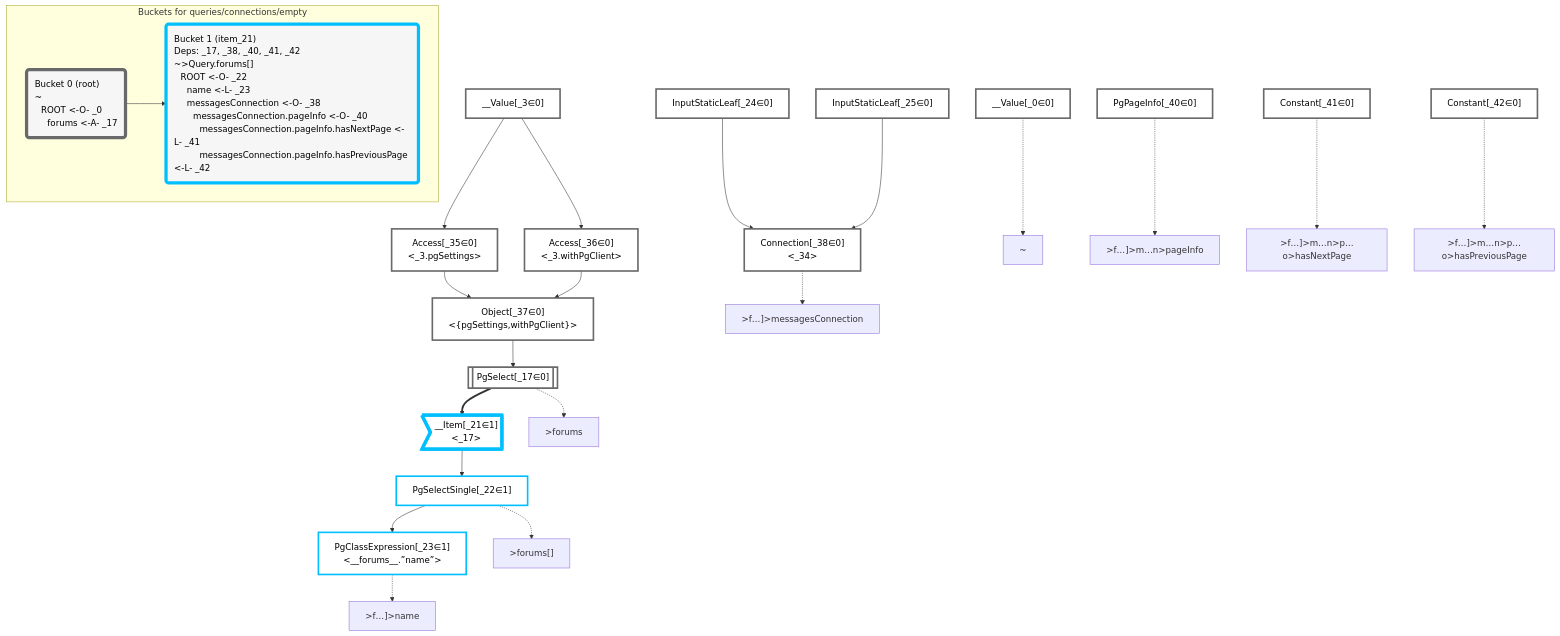
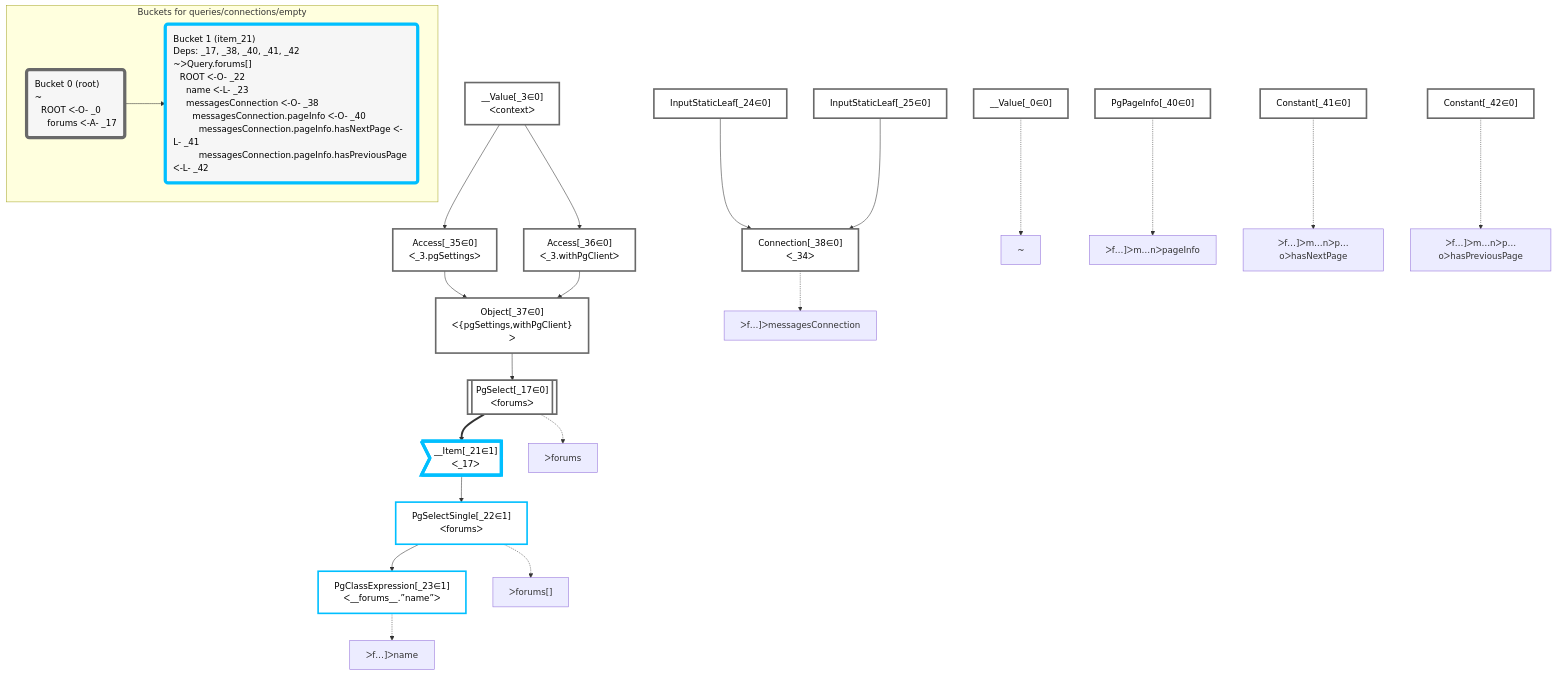
The diagram in packages/dataplan-pg/__tests__/queries/connections/empty.deopt.mermaid.md (graphile/crystal), drawn with Mermaid before and after one commit. The commit also changed 195 other files, not shown here.

````diff
--- a/packages/dataplan-pg/__tests__/queries/connections/empty.deopt.mermaid.md
+++ b/packages/dataplan-pg/__tests__/queries/connections/empty.deopt.mermaid.md
@@ -1,70 +1,70 @@
 ```mermaid
 graph TD
     classDef path fill:#eee,stroke:#000,color:#000
     classDef plan fill:#fff,stroke-width:3px,color:#000
     classDef itemplan fill:#fff,stroke-width:6px,color:#000
     classDef sideeffectplan fill:#f00,stroke-width:6px,color:#000
     classDef bucket fill:#f6f6f6,color:#000,stroke-width:6px,text-align:left
 
 
     %% define plans
     __Value_0["__Value[_0∈0]"]:::plan
-    __Value_3["__Value[_3∈0]<br /><context>"]:::plan
-    PgSelect_17[["PgSelect[_17∈0]<br /><forums>"]]:::plan
-    __Item_21>"__Item[_21∈1]<br /><_17>"]:::itemplan
-    PgSelectSingle_22["PgSelectSingle[_22∈1]<br /><forums>"]:::plan
-    PgClassExpression_23["PgClassExpression[_23∈1]<br /><__forums__.”name”>"]:::plan
+    __Value_3["__Value[_3∈0]<br />ᐸcontextᐳ"]:::plan
+    PgSelect_17[["PgSelect[_17∈0]<br />ᐸforumsᐳ"]]:::plan
+    __Item_21>"__Item[_21∈1]<br />ᐸ_17ᐳ"]:::itemplan
+    PgSelectSingle_22["PgSelectSingle[_22∈1]<br />ᐸforumsᐳ"]:::plan
+    PgClassExpression_23["PgClassExpression[_23∈1]<br />ᐸ__forums__.”name”ᐳ"]:::plan
     InputStaticLeaf_24["InputStaticLeaf[_24∈0]"]:::plan
     InputStaticLeaf_25["InputStaticLeaf[_25∈0]"]:::plan
-    Access_35["Access[_35∈0]<br /><_3.pgSettings>"]:::plan
-    Access_36["Access[_36∈0]<br /><_3.withPgClient>"]:::plan
-    Object_37["Object[_37∈0]<br /><{pgSettings,withPgClient}>"]:::plan
-    Connection_38["Connection[_38∈0]<br /><_34>"]:::plan
+    Access_35["Access[_35∈0]<br />ᐸ_3.pgSettingsᐳ"]:::plan
+    Access_36["Access[_36∈0]<br />ᐸ_3.withPgClientᐳ"]:::plan
+    Object_37["Object[_37∈0]<br />ᐸ{pgSettings,withPgClient}ᐳ"]:::plan
+    Connection_38["Connection[_38∈0]<br />ᐸ_34ᐳ"]:::plan
     PgPageInfo_40["PgPageInfo[_40∈0]"]:::plan
     Constant_41["Constant[_41∈0]"]:::plan
     Constant_42["Constant[_42∈0]"]:::plan
 
     %% plan dependencies
     Object_37 --> PgSelect_17
     PgSelect_17 ==> __Item_21
     __Item_21 --> PgSelectSingle_22
     PgSelectSingle_22 --> PgClassExpression_23
     __Value_3 --> Access_35
     __Value_3 --> Access_36
     Access_35 --> Object_37
     Access_36 --> Object_37
     InputStaticLeaf_24 --> Connection_38
     InputStaticLeaf_25 --> Connection_38
 
     %% plan-to-path relationships
     P_0["~"]
     __Value_0 -.-> P_0
-    P_17[">forums"]
+    P_17["ᐳforums"]
     PgSelect_17 -.-> P_17
-    P_22[">forums[]"]
+    P_22["ᐳforums[]"]
     PgSelectSingle_22 -.-> P_22
-    P_23[">f…]>name"]
+    P_23["ᐳf…]ᐳname"]
     PgClassExpression_23 -.-> P_23
-    P_38[">f…]>messagesConnection"]
+    P_38["ᐳf…]ᐳmessagesConnection"]
     Connection_38 -.-> P_38
-    P_40[">f…]>m…n>pageInfo"]
+    P_40["ᐳf…]ᐳm…nᐳpageInfo"]
     PgPageInfo_40 -.-> P_40
-    P_41[">f…]>m…n>p…o>hasNextPage"]
+    P_41["ᐳf…]ᐳm…nᐳp…oᐳhasNextPage"]
     Constant_41 -.-> P_41
-    P_42[">f…]>m…n>p…o>hasPreviousPage"]
+    P_42["ᐳf…]ᐳm…nᐳp…oᐳhasPreviousPage"]
     Constant_42 -.-> P_42
 
     %% allocate buckets
     classDef bucket0 stroke:#696969
     class __Value_0,__Value_3,PgSelect_17,InputStaticLeaf_24,InputStaticLeaf_25,Access_35,Access_36,Object_37,Connection_38,PgPageInfo_40,Constant_41,Constant_42 bucket0
     classDef bucket1 stroke:#00bfff
     class __Item_21,PgSelectSingle_22,PgClassExpression_23 bucket1
 
     subgraph "Buckets for queries/connections/empty"
-    Bucket0("Bucket 0 (root)<br />~<br />⠀ROOT <-O- _0<br />⠀⠀forums <-A- _17"):::bucket
+    Bucket0("Bucket 0 (root)<br />~<br />⠀ROOT ᐸ-O- _0<br />⠀⠀forums ᐸ-A- _17"):::bucket
     style Bucket0 stroke:#696969
-    Bucket1("Bucket 1 (item_21)<br />Deps: _17, _38, _40, _41, _42<br />~>Query.forums[]<br />⠀ROOT <-O- _22<br />⠀⠀name <-L- _23<br />⠀⠀messagesConnection <-O- _38<br />⠀⠀⠀messagesConnection.pageInfo <-O- _40<br />⠀⠀⠀⠀messagesConnection.pageInfo.hasNextPage <-L- _41<br />⠀⠀⠀⠀messagesConnection.pageInfo.hasPreviousPage <-L- _42"):::bucket
+    Bucket1("Bucket 1 (item_21)<br />Deps: _17, _38, _40, _41, _42<br />~ᐳQuery.forums[]<br />⠀ROOT ᐸ-O- _22<br />⠀⠀name ᐸ-L- _23<br />⠀⠀messagesConnection ᐸ-O- _38<br />⠀⠀⠀messagesConnection.pageInfo ᐸ-O- _40<br />⠀⠀⠀⠀messagesConnection.pageInfo.hasNextPage ᐸ-L- _41<br />⠀⠀⠀⠀messagesConnection.pageInfo.hasPreviousPage ᐸ-L- _42"):::bucket
     style Bucket1 stroke:#00bfff
     Bucket0 --> Bucket1
     end
 ```
````
